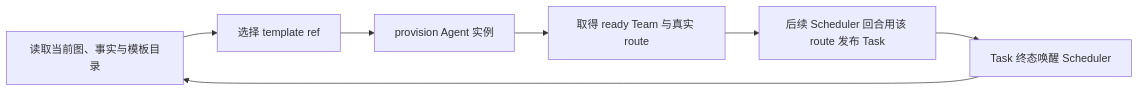
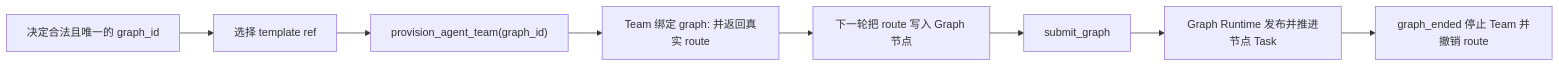
Before and after one commit to wizardG7777777/AgentGo: the diagram in docs/activate/AgentTemplate.md, drawn with Mermaid. The commit also changed other lines of this file and 17 other files, not shown here.

First line of the commit message:
docs: refresh guides for graph runtime, session isolation, security defaults

````diff
--- a/docs/activate/AgentTemplate.md
+++ b/docs/activate/AgentTemplate.md
@@ -116,9 +115,10 @@
 ```mermaid
 flowchart LR
-    A["读取当前图、事实与模板目录"] --> B["选择 template ref"]
-    B --> C["provision Agent 实例"]
-    C --> D["取得 ready Team 与真实 route"]
-    D --> E["后续 Scheduler 回合用该 route 发布 Task"]
-    E --> F["Task 终态唤醒 Scheduler"]
-    F --> A
+    A["决定合法且唯一的 graph_id"] --> B["选择 template ref"]
+    B --> C["provision_agent_team(graph_id)"]
+    C --> D["Team 绑定 graph:<id> 并返回真实 route"]
+    D --> E["下一轮把 route 写入 Graph 节点"]
+    E --> F["submit_graph"]
+    F --> G["Graph Runtime 发布并推进节点 Task"]
+    G --> H["graph_ended 停止 Team 并撤销 route"]
 ```
````
